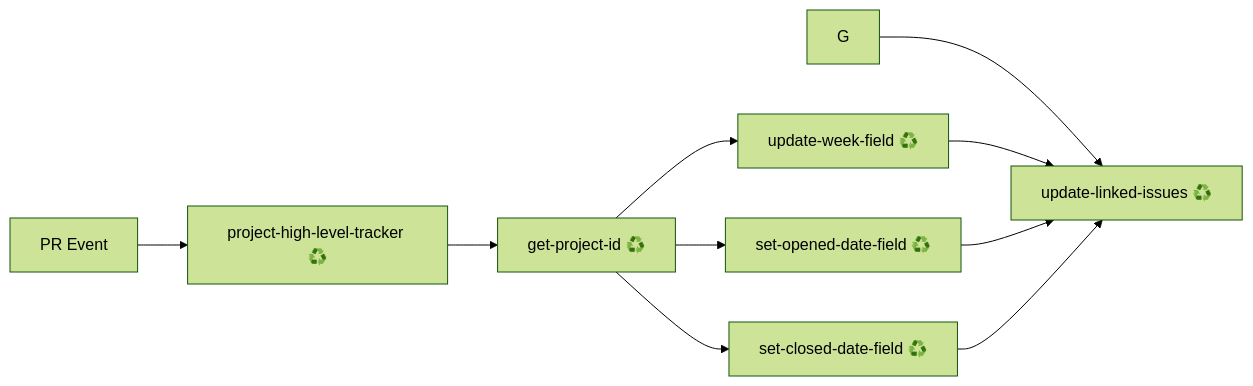
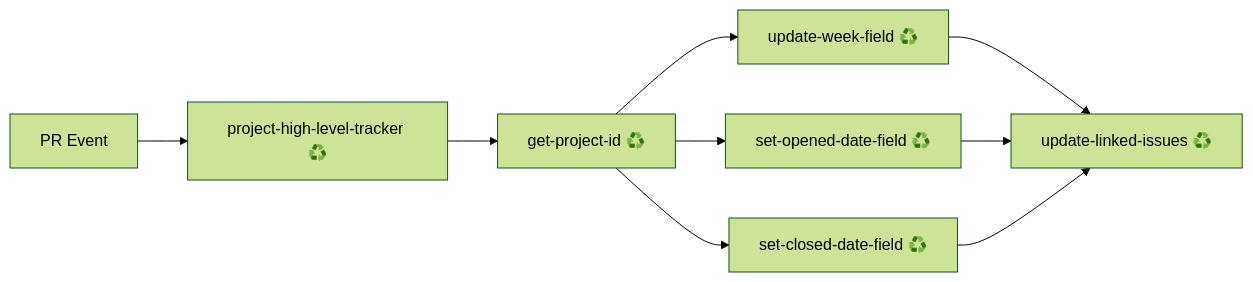
One commit to rapidsai/shared-workflows changed the diagram in docs/project-automation-readme.md. Above: the diagram before and after it, drawn with Mermaid (forest theme).

````diff
--- a/docs/project-automation-readme.md
+++ b/docs/project-automation-readme.md
@@ -30,12 +30,11 @@
 ```mermaid
 flowchart LR
     A[PR Event] --> B[project-high-level-tracker ♻️]
     B --> E[get-project-id ♻️]
     E --> H[update-week-field ♻️]
     E --> I[set-opened-date-field ♻️]
     E --> J[set-closed-date-field ♻️]
-    G --> K[update-linked-issues ♻️]
-    H --> K
+    H --> K[update-linked-issues ♻️]
     I --> K
     J --> K
 ```
````
